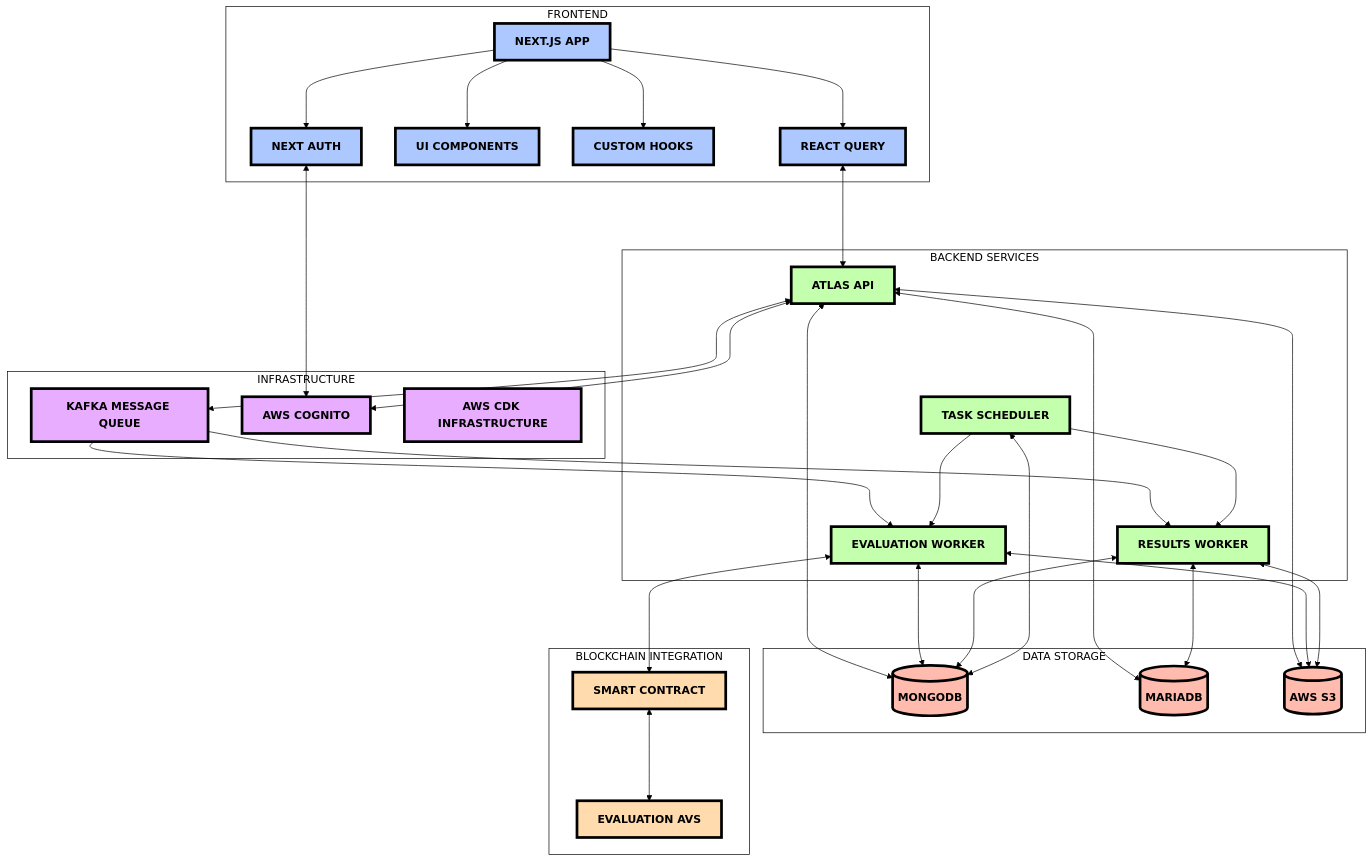
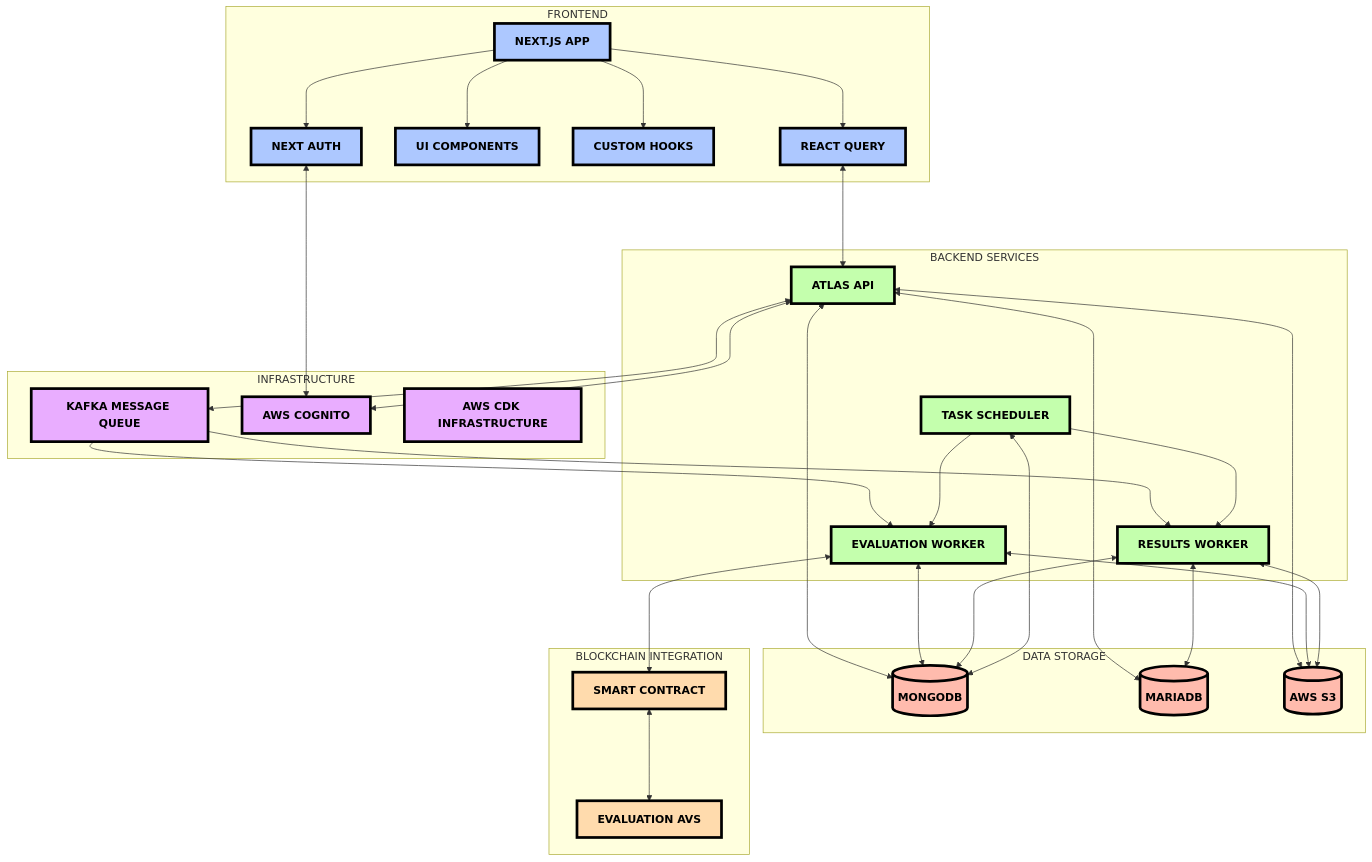
One commit to k-g-j/ll-sequence-diagrams changed the fifth of 5 diagrams in atlas-app-sequence-diagram.md. Above: the diagram before and after it, drawn with Mermaid. The commit also changed other lines of this file and 1 other file, not shown here.

Commit message:
Simplify Mermaid diagrams for GitHub compatibility

````diff
--- a/atlas-app-sequence-diagram.md
+++ b/atlas-app-sequence-diagram.md
@@ -234,13 +226,5 @@
 ```mermaid
-%%{
-  init: {
-    'theme': 'base',
-    'themeVariables': {
-      'primaryColor': '#adc8ff',
-      'background': '#ffffff'
-    }
-  }
-}%%
+%%{init: { 'theme': 'default' }}%%
 flowchart TB
     %% Setting white backgrounds for all sections
     subgraph FrontendGroup["FRONTEND"]
@@ -314,12 +298,9 @@
     classDef storage fill:#ffbbad,stroke:#000000,stroke-width:4px,color:#000000,font-weight:900,text-transform:uppercase
     classDef infra fill:#e9adff,stroke:#000000,stroke-width:4px,color:#000000,font-weight:900,text-transform:uppercase
     classDef blockchain fill:#ffdbad,stroke:#000000,stroke-width:4px,color:#000000,font-weight:900,text-transform:uppercase
-    classDef section fill:#ffffff,stroke:#000000,color:#000000
-    
     class NextApp,ReactQuery,Components,Hooks,Auth frontend
     class API,Worker,ResultsWorker,Scheduler backend
     class MongoDB,MariaDB,S3 storage
     class Kafka,Cognito,CDK infra
     class Contract,AVS blockchain
-    class FrontendGroup,BackendGroup,StorageGroup,InfraGroup,BlockchainGroup section
 ```
````
